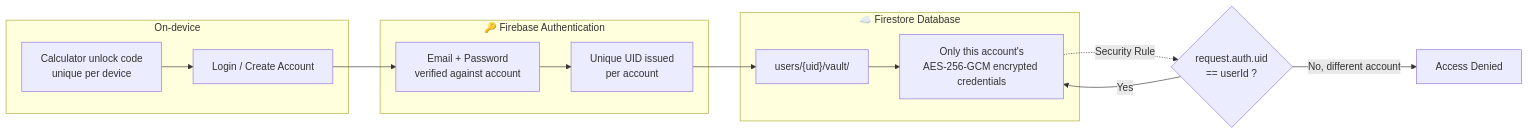
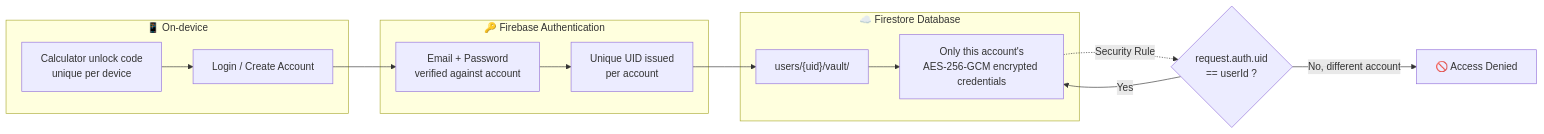
The second of 2 diagrams in README.md (LahcenChehabi/CipherMatrix), drawn with Mermaid before and after one commit. The commit also changed other lines of this file, not shown here.

````diff
--- a/README.md
+++ b/README.md
@@ -101,20 +101,20 @@
 ```mermaid
 flowchart LR
-    subgraph Device[" On-device"]
+    subgraph Device["📱 On-device"]
         A[Calculator unlock code<br/>unique per device] --> B[Login / Create Account]
     end
 
     subgraph FirebaseAuth["🔑 Firebase Authentication"]
         B --> C[Email + Password<br/>verified against account]
         C --> D[Unique UID issued<br/>per account]
     end
 
     subgraph Firestore["☁️ Firestore Database"]
         D --> E["users/{uid}/vault/"]
         E --> F[Only this account's<br/>AES-256-GCM encrypted credentials]
     end
 
     F -.->|Security Rule| G{"request.auth.uid<br/>== userId ?"}
     G -->|Yes| F
-    G -->|No, different account| H[ Access Denied]
+    G -->|No, different account| H[🚫 Access Denied]
 ```
````
